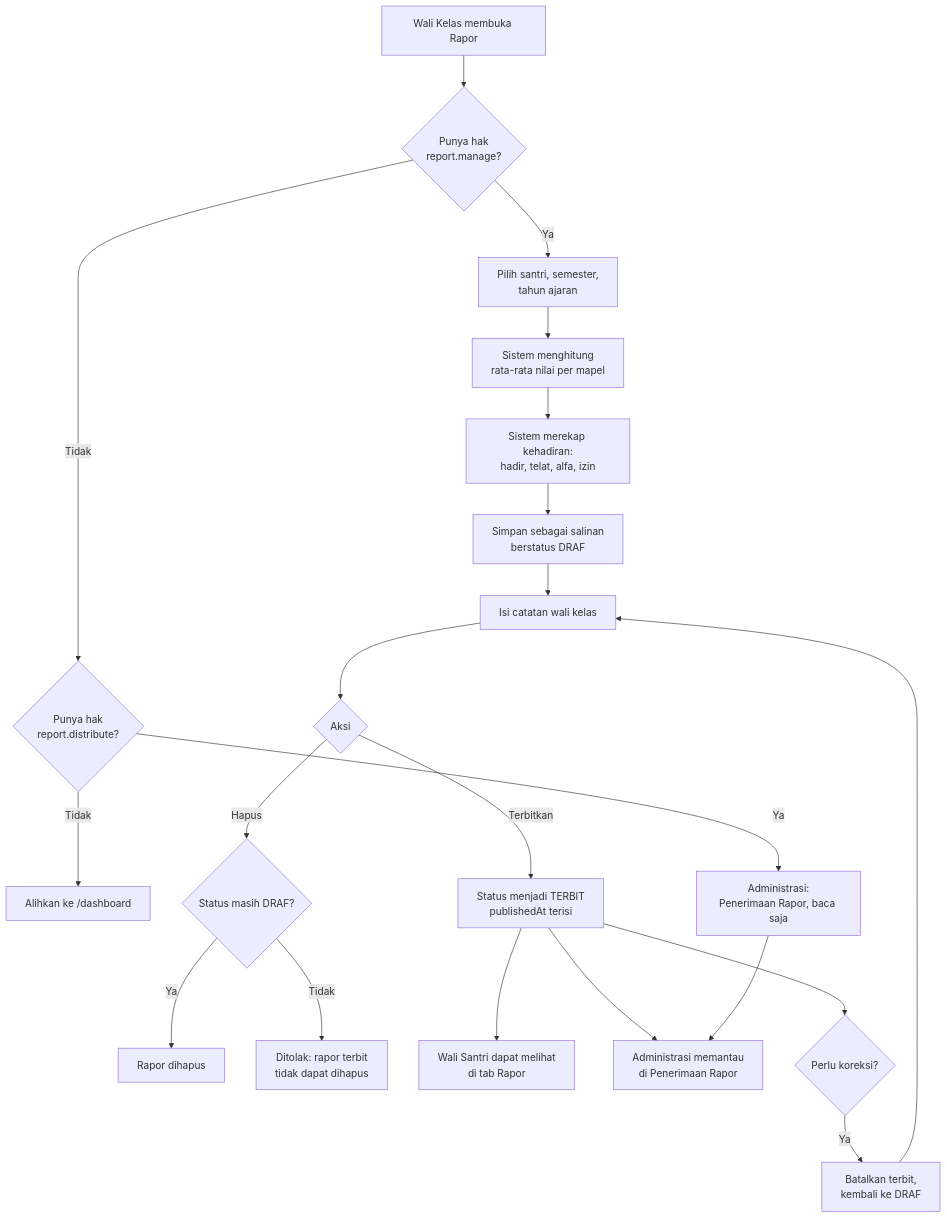
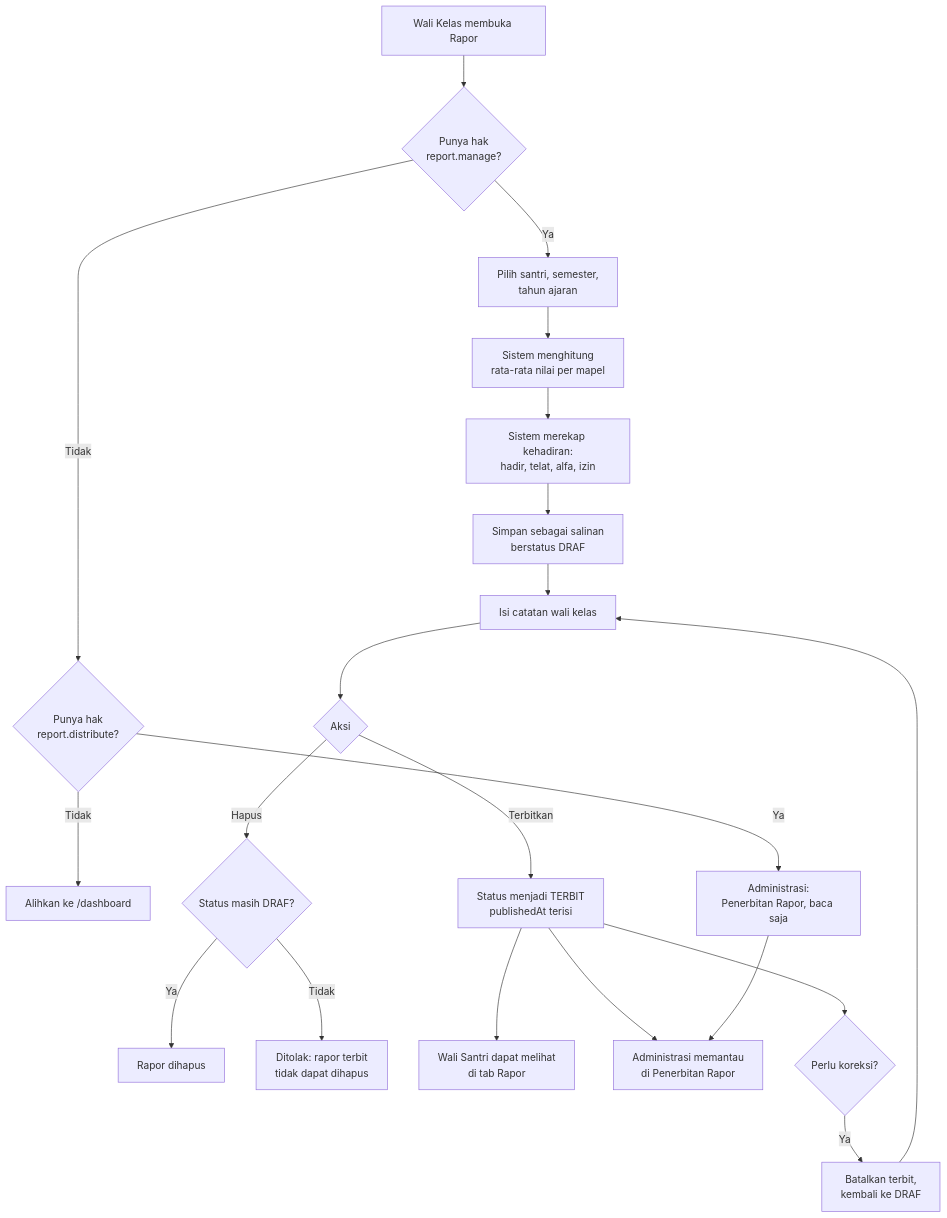
The sixth of 9 diagrams in FLOWCHART.md (mrramdn/SIAKAD-PPIQ-368), drawn with Mermaid before and after one commit. The commit also changed 8 other files, not shown here.

````diff
--- a/FLOWCHART.md
+++ b/FLOWCHART.md
@@ -132,22 +132,22 @@
 ```mermaid
 flowchart TD
     A["Wali Kelas membuka Rapor"] --> B{"Punya hak<br/>report.manage?"}
     B -- Tidak --> C{"Punya hak<br/>report.distribute?"}
     C -- Tidak --> D["Alihkan ke /dashboard"]
-    C -- Ya --> E["Administrasi:<br/>Penerimaan Rapor, baca saja"]
+    C -- Ya --> E["Administrasi:<br/>Penerbitan Rapor, baca saja"]
     B -- Ya --> F["Pilih santri, semester,<br/>tahun ajaran"]
     F --> G["Sistem menghitung<br/>rata-rata nilai per mapel"]
     G --> H["Sistem merekap kehadiran:<br/>hadir, telat, alfa, izin"]
     H --> I["Simpan sebagai salinan<br/>berstatus DRAF"]
     I --> J["Isi catatan wali kelas"]
     J --> K{"Aksi"}
     K -- "Hapus" --> L{"Status masih DRAF?"}
     L -- Ya --> M["Rapor dihapus"]
     L -- Tidak --> N["Ditolak: rapor terbit<br/>tidak dapat dihapus"]
     K -- "Terbitkan" --> O["Status menjadi TERBIT<br/>publishedAt terisi"]
     O --> P["Wali Santri dapat melihat<br/>di tab Rapor"]
-    O --> Q["Administrasi memantau<br/>di Penerimaan Rapor"]
+    O --> Q["Administrasi memantau<br/>di Penerbitan Rapor"]
     O --> R{"Perlu koreksi?"}
     R -- Ya --> S["Batalkan terbit,<br/>kembali ke DRAF"] --> J
     E --> Q
 ```
````
